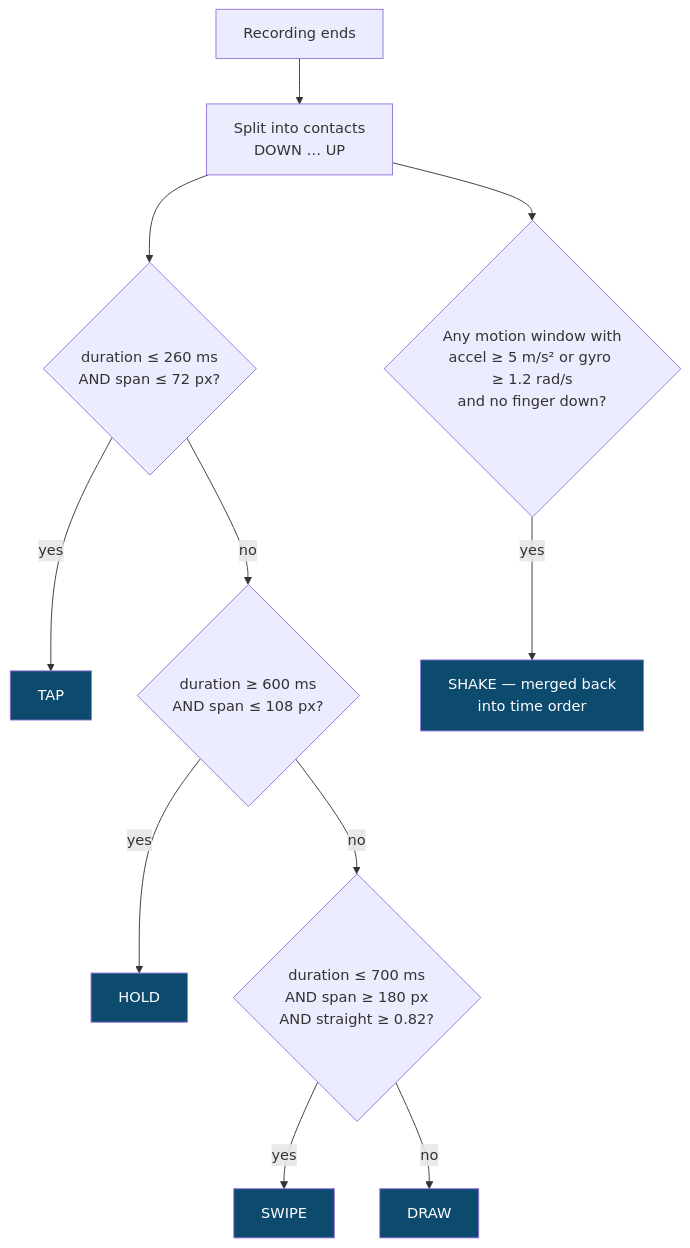
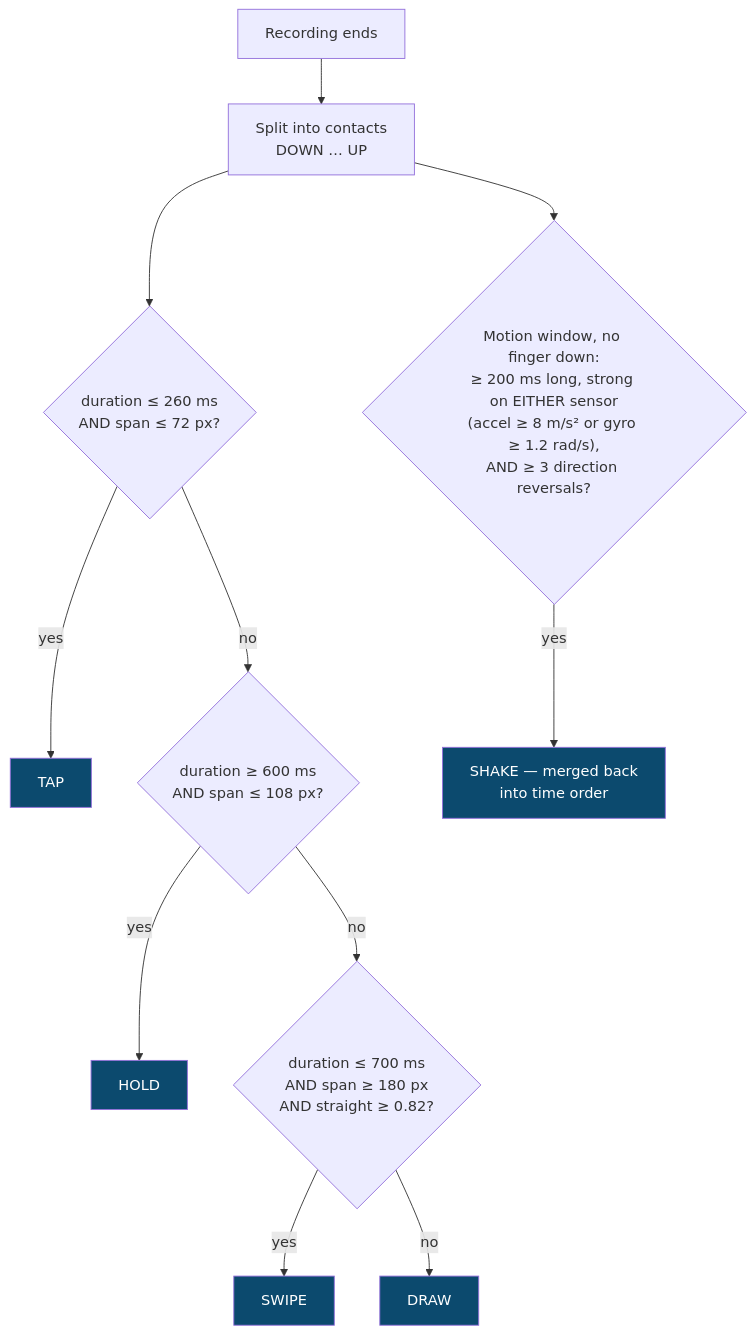
The fourth of 12 diagrams in README.md (MITHUNMITS/behavioral-lock), drawn with Mermaid before and after one commit. The commit also changed other lines of this file, not shown here.

First line of the commit message:
README: multi-take enrolment, and every diagram brought up to date

````diff
--- a/README.md
+++ b/README.md
@@ -182,18 +185,18 @@
 ```mermaid
 flowchart TD
     A["Recording ends"] --> B["Split into contacts<br/>DOWN … UP"]
     B --> C{"duration ≤ 260 ms<br/>AND span ≤ 72 px?"}
     C -->|yes| T["TAP"]
     C -->|no| D{"duration ≥ 600 ms<br/>AND span ≤ 108 px?"}
     D -->|yes| H["HOLD"]
     D -->|no| E{"duration ≤ 700 ms<br/>AND span ≥ 180 px<br/>AND straight ≥ 0.82?"}
     E -->|yes| S["SWIPE"]
     E -->|no| F["DRAW"]
-    B --> G{"Any motion window with<br/>accel ≥ 5 m/s² or gyro ≥ 1.2 rad/s<br/>and no finger down?"}
+    B --> G{"Motion window, no finger down:<br/>≥ 200 ms long, strong on EITHER sensor<br/>(accel ≥ 8 m/s² or gyro ≥ 1.2 rad/s),<br/>AND ≥ 3 direction reversals?"}
     G -->|yes| SH["SHAKE — merged back<br/>into time order"]
     style T fill:#0C4A6E,color:#fff
     style H fill:#0C4A6E,color:#fff
     style S fill:#0C4A6E,color:#fff
     style F fill:#0C4A6E,color:#fff
     style SH fill:#0C4A6E,color:#fff
 ```
````
